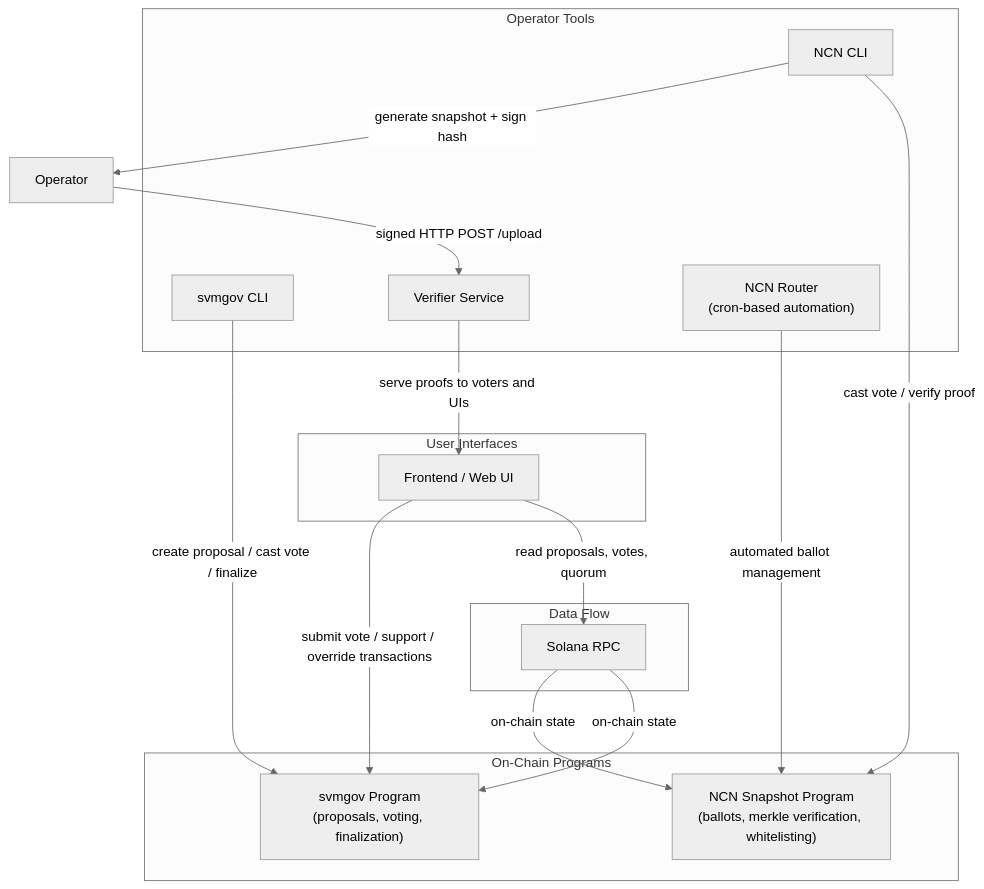
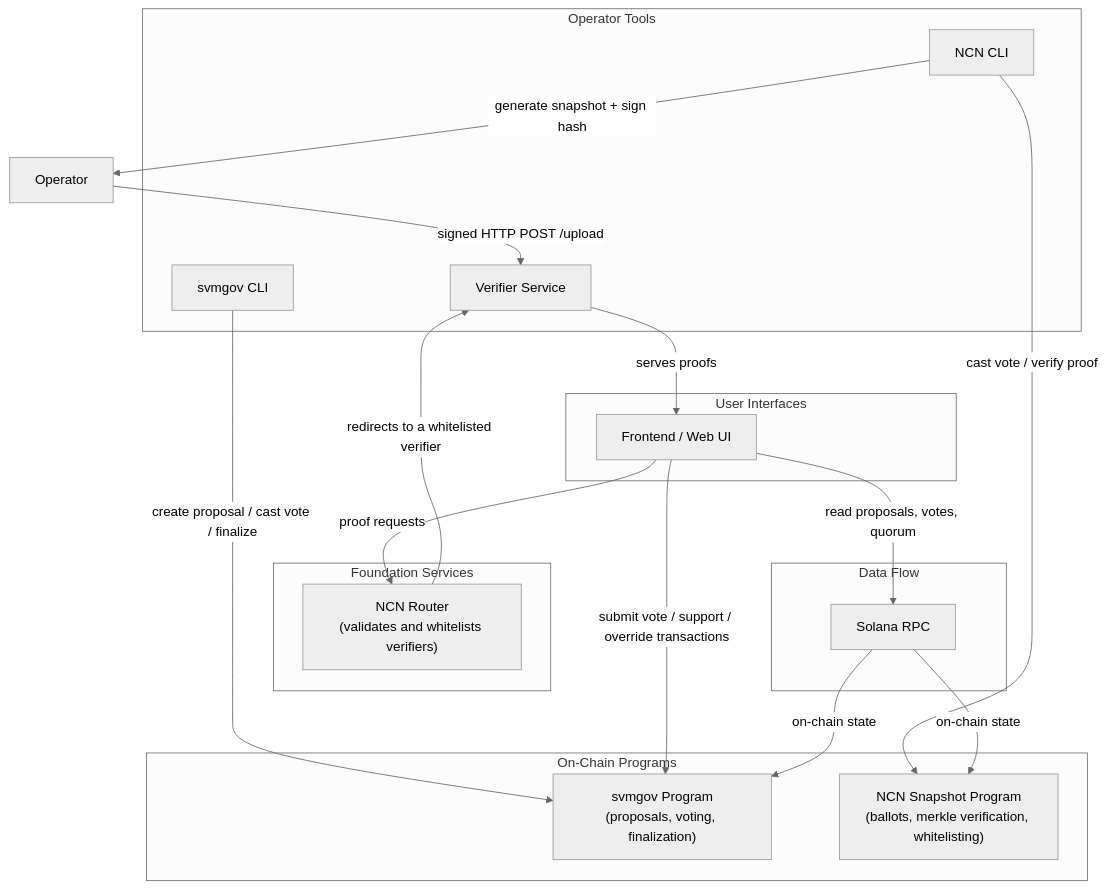
Before and after one commit to solana-foundation/solana-governance: the diagram in ARCHITECTURE.md, drawn with Mermaid (neutral theme). The commit also changed other lines of this file, not shown here.

Commit message:
docs: NCN Router is foundation-run — moved out of Operator Tools, sits between verifiers and frontend

````diff
--- a/ARCHITECTURE.md
+++ b/ARCHITECTURE.md
@@ -7,36 +7,40 @@
 ```mermaid
 graph TB
     subgraph "On-Chain Programs"
         SVMGOV["svmgov Program
 (proposals, voting, finalization)"]
         NCN["NCN Snapshot Program
 (ballots, merkle verification, whitelisting)"]
     end
 
     subgraph "Operator Tools"
         SVMCLI["svmgov CLI"]
         NCNCLI["NCN CLI"]
         VS["Verifier Service"]
+    end
+
+    subgraph "Foundation Services"
         ROUTER["NCN Router
-(cron-based automation)"]
+(validates and whitelists verifiers)"]
     end
 
     subgraph "User Interfaces"
         FE["Frontend / Web UI"]
     end
 
     subgraph "Data Flow"
         RPC["Solana RPC"]
     end
 
     SVMCLI -->|"create proposal / cast vote / finalize"| SVMGOV
     NCNCLI -->|"cast vote / verify proof"| NCN
     NCNCLI -->|"generate snapshot + sign hash"| OP["Operator"]
     OP -->|"signed HTTP POST /upload"| VS
-    VS -->|"serve proofs to voters and UIs"| FE
-    ROUTER -->|"automated ballot management"| NCN
+    FE -->|"proof requests"| ROUTER
+    ROUTER -->|"redirects to a whitelisted verifier"| VS
+    VS -->|"serves proofs"| FE
     FE -->|"read proposals, votes, quorum"| RPC
     FE -->|"submit vote / support / override transactions"| SVMGOV
     RPC -->|"on-chain state"| SVMGOV
     RPC -->|"on-chain state"| NCN
 ```
````
